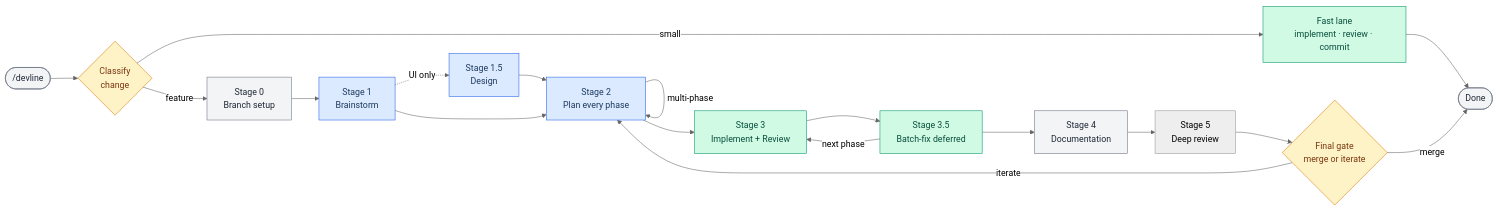
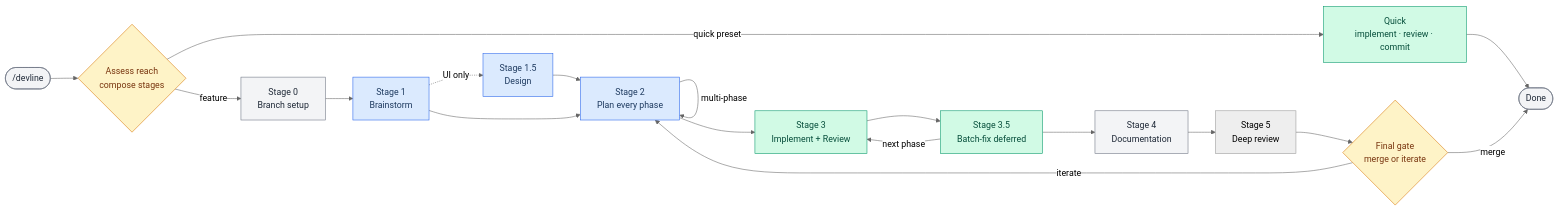
Before and after one commit to Conava/claude-devline: the second of 5 diagrams in README.md, drawn with Mermaid. The commit also changed other lines of this file and 18 other files, not shown here.

First line of the commit message:
feat(devline): stage menu by reach, presets, grilling and handoff (#10)

````diff
--- a/README.md
+++ b/README.md
@@ -125,33 +126,33 @@
 ```mermaid
 %%{init: {'theme': 'neutral'}}%%
 flowchart LR
-    start(["/devline"]) --> triage{"Classify\nchange"}
-    triage -->|small| fast["Fast lane\nimplement · review · commit"]
+    start(["/devline"]) --> triage{"Assess reach\ncompose stages"}
+    triage -->|quick preset| fast["Quick\nimplement · review · commit"]
     fast --> done(["Done"])
 
     triage -->|feature| s0["Stage 0\nBranch setup"]
     s0 --> s1["Stage 1\nBrainstorm"]
     s1 -. "UI only" .-> s15["Stage 1.5\nDesign"]
     s15 --> s2["Stage 2\nPlan every phase"]
     s1 --> s2
     s2 -->|multi-phase| s2
     s2 --> s3["Stage 3\nImplement + Review"]
     s3 --> s35["Stage 3.5\nBatch-fix deferred"]
     s35 -->|next phase| s3
     s35 --> s4["Stage 4\nDocumentation"]
     s4 --> s5["Stage 5\nDeep review"]
     s5 --> gate{"Final gate\nmerge or iterate"}
     gate -->|iterate| s2
     gate -->|merge| done
 
     classDef auto fill:#f3f4f6,stroke:#6b7280,color:#1f2937
     classDef interactive fill:#dbeafe,stroke:#2563eb,color:#1e3a5f
     classDef impl fill:#d1fae5,stroke:#059669,color:#064e3b
     classDef decision fill:#fef3c7,stroke:#d97706,color:#78350f
 
     class s0,s4 auto
     class s1,s15,s2 interactive
     class s3,s35,fast impl
     class triage,gate decision
     class start,done auto
 ```
````
